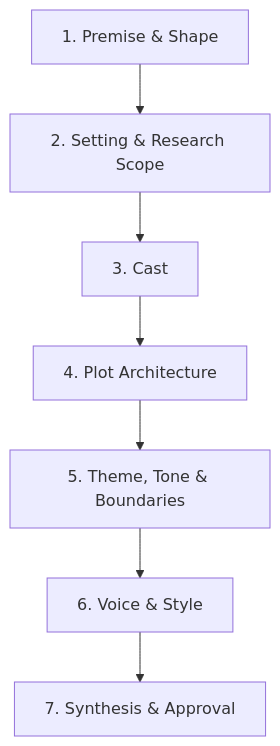
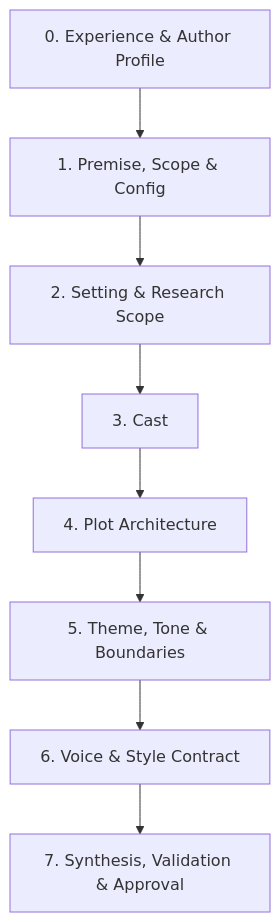
Before and after one commit to junov/SpecNovelist: the diagram in .agents/skills/novel-init/references/interview-guide.md, drawn with Mermaid. The commit also changed other lines of this file and 3 other files, not shown here.

Commit message:
feat(novel-init): personalize onboarding interview to novelist experience level and validate config/style specifications

````diff
--- a/.agents/skills/novel-init/references/interview-guide.md
+++ b/.agents/skills/novel-init/references/interview-guide.md
@@ -19,9 +40,10 @@
 ```mermaid
 flowchart TD
-    P1["1. Premise & Shape"] --> P2["2. Setting & Research Scope"]
+    P0["0. Experience & Author Profile"] --> P1["1. Premise, Scope & Config"]
+    P1 --> P2["2. Setting & Research Scope"]
     P2 --> P3["3. Cast"]
     P3 --> P4["4. Plot Architecture"]
     P4 --> P5["5. Theme, Tone & Boundaries"]
-    P5 --> P6["6. Voice & Style"]
-    P6 --> P7["7. Synthesis & Approval"]
+    P5 --> P6["6. Voice & Style Contract"]
+    P6 --> P7["7. Synthesis, Validation & Approval"]
 ```
````
